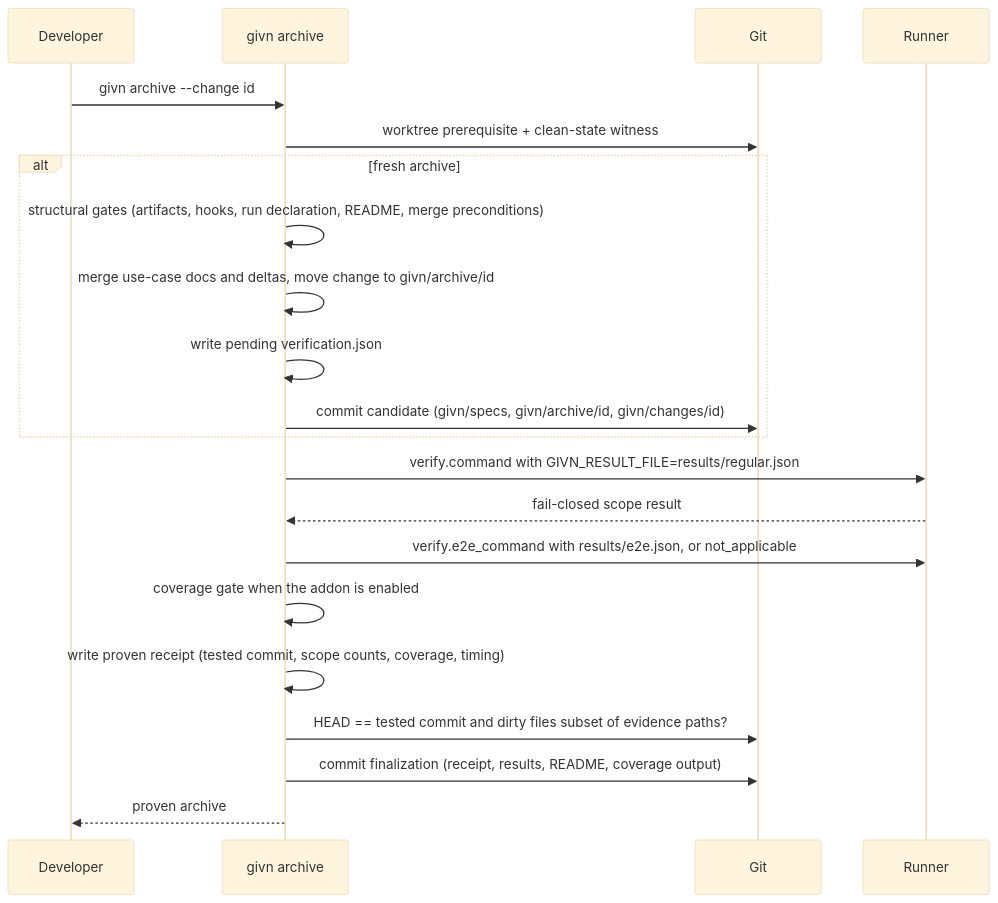
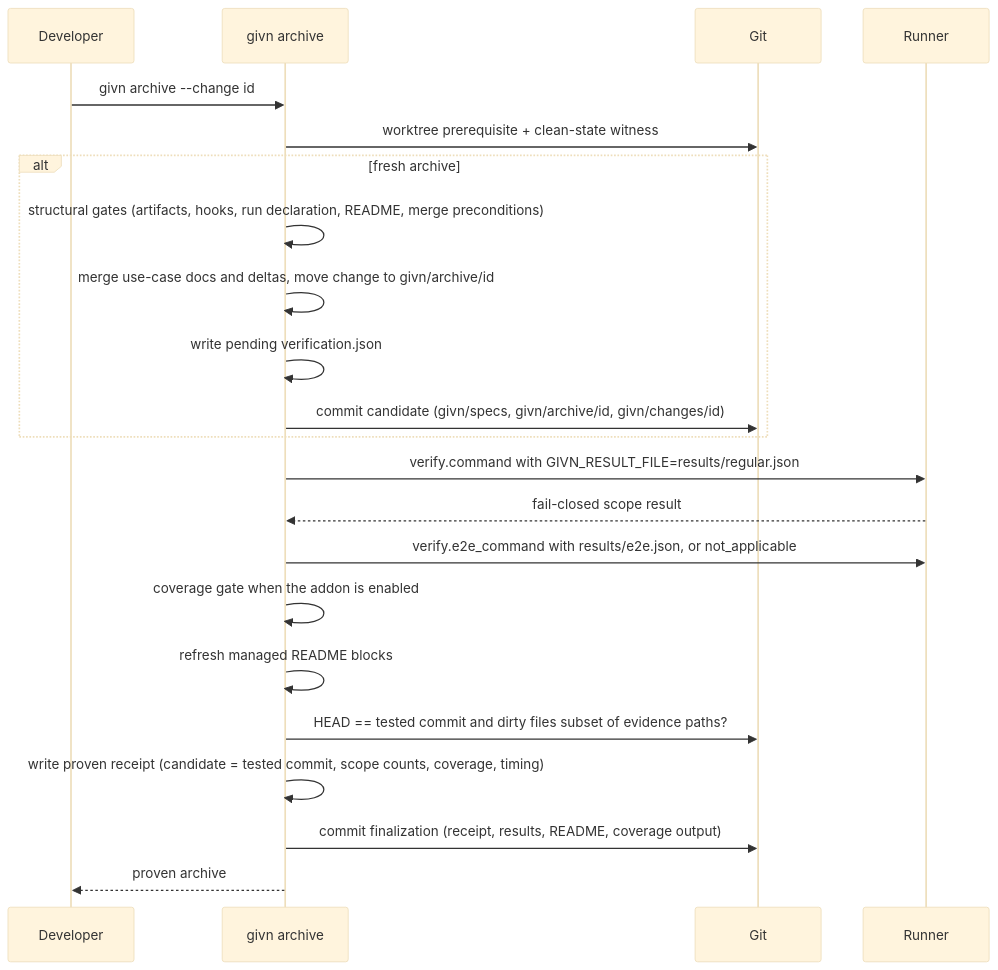
One commit to buster/givn changed the first of 2 diagrams in docs/arc42/06-runtime-view.md. Above: the diagram before and after it, drawn with Mermaid (base theme). The commit also changed other lines of this file and 10 other files, not shown here.

````diff
--- a/docs/arc42/06-runtime-view.md
+++ b/docs/arc42/06-runtime-view.md
@@ -194,23 +194,24 @@
 ```mermaid
 sequenceDiagram
     participant D as Developer
     participant A as givn archive
     participant G as Git
     participant R as Runner
     D->>A: givn archive --change id
     A->>G: worktree prerequisite + clean-state witness
     alt fresh archive
         A->>A: structural gates (artifacts, hooks, run declaration, README, merge preconditions)
         A->>A: merge use-case docs and deltas, move change to givn/archive/id
         A->>A: write pending verification.json
         A->>G: commit candidate (givn/specs, givn/archive/id, givn/changes/id)
     end
     A->>R: verify.command with GIVN_RESULT_FILE=results/regular.json
     R-->>A: fail-closed scope result
     A->>R: verify.e2e_command with results/e2e.json, or not_applicable
     A->>A: coverage gate when the addon is enabled
-    A->>A: write proven receipt (tested commit, scope counts, coverage, timing)
+    A->>A: refresh managed README blocks
     A->>G: HEAD == tested commit and dirty files subset of evidence paths?
+    A->>A: write proven receipt (candidate = tested commit, scope counts, coverage, timing)
     A->>G: commit finalization (receipt, results, README, coverage output)
     A-->>D: proven archive
 ```
````
